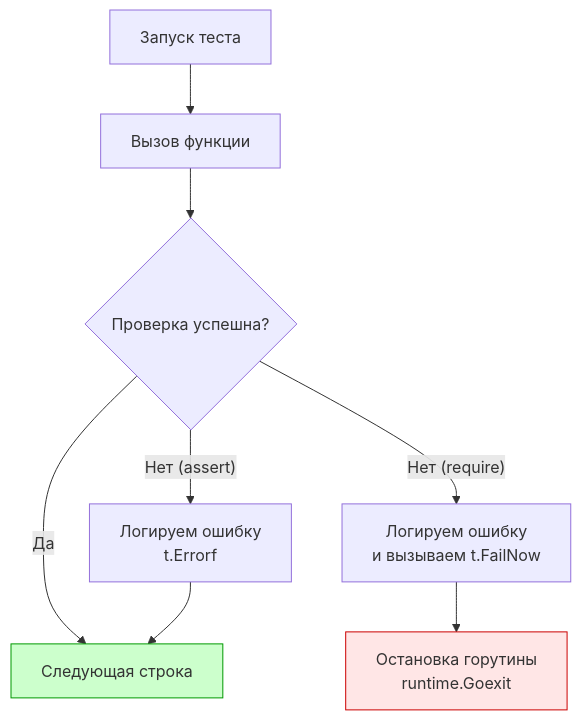
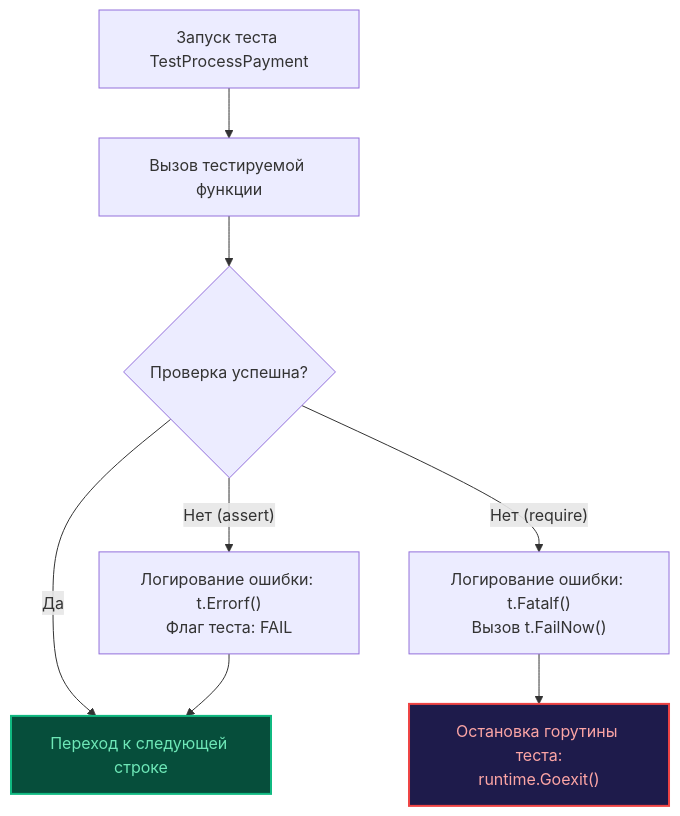
The first of 2 diagrams in sources/15. Тестирование в Go (QA & Testing)/03. Assertions и tooling/2. Testify. assert и require.md (UnrealTemplier/go-textbook), drawn with Mermaid before and after one commit. The commit also changed other lines of this file, not shown here.

Commit message:
feat(module-15): editorial rewrite of lecture 2 (Testify. assert и require) in Subsection 3 in Kernighan style

````diff
--- a/sources/15. Тестирование в Go (QA & Testing)/03. Assertions и tooling/2. Testify. assert и require.md
+++ b/sources/15. Тестирование в Go (QA & Testing)/03. Assertions и tooling/2. Testify. assert и require.md
@@ -24,15 +29,15 @@
 ```mermaid
 flowchart TD
-    Start["Запуск теста"] --> Call["Вызов функции"]
+    Start["Запуск теста TestProcessPayment"] --> Call["Вызов тестируемой функции"]
     Call --> Check{"Проверка успешна?"}
-    Check -->|"Да"| Next["Следующая строка"]
+    Check -->|"Да"| Next["Переход к следующей строке"]
     
-    Check -->|"Нет (assert)"| AssertLog["Логируем ошибку<br>t.Errorf"]
+    Check -->|"Нет (assert)"| AssertLog["Логирование ошибки: t.Errorf()<br/>Флаг теста: FAIL"]
     AssertLog --> Next
     
-    Check -->|"Нет (require)"| RequireLog["Логируем ошибку<br>и вызываем t.FailNow"]
-    RequireLog --> Stop["Остановка горутины<br>runtime.Goexit"]
+    Check -->|"Нет (require)"| RequireLog["Логирование ошибки: t.Fatalf()<br/>Вызов t.FailNow()"]
+    RequireLog --> Stop["Остановка горутины теста:<br/>runtime.Goexit()"]
     
-    style Stop fill:#ffe6e6,stroke:#cc0000
-    style Next fill:#ccffcc,stroke:#009900
+    style Stop fill:#1e1b4b,stroke:#ef4444,stroke-width:2px,color:#fca5a5
+    style Next fill:#064e3b,stroke:#10b981,stroke-width:2px,color:#6ee7b7
 ```
````
